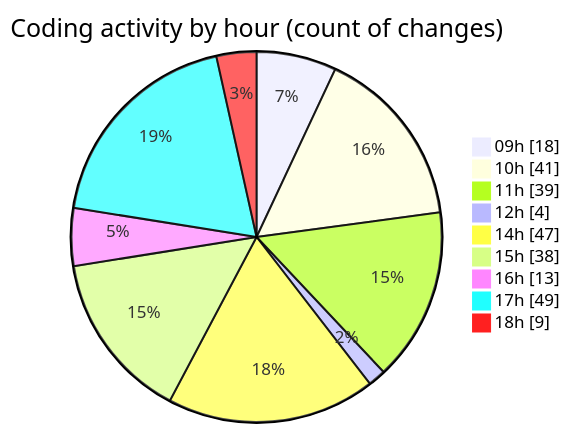
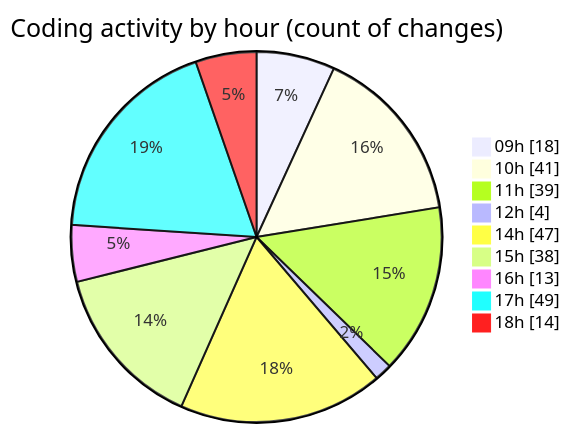
The second of 2 diagrams in 2025-02-11/cda/README.md (momahboobian/code-tracking), drawn with Mermaid before and after one commit. The commit also changed other lines of this file and 1 other file, not shown here.

````diff
--- a/2025-02-11/cda/README.md
+++ b/2025-02-11/cda/README.md
@@ -34,13 +34,13 @@
 ```mermaid
 pie showData
 title Coding activity by hour (count of changes)
 "09h" : 18
 "10h" : 41
 "11h" : 39
 "12h" : 4
 "14h" : 47
 "15h" : 38
 "16h" : 13
 "17h" : 49
-"18h" : 9
+"18h" : 14
 ```
````
